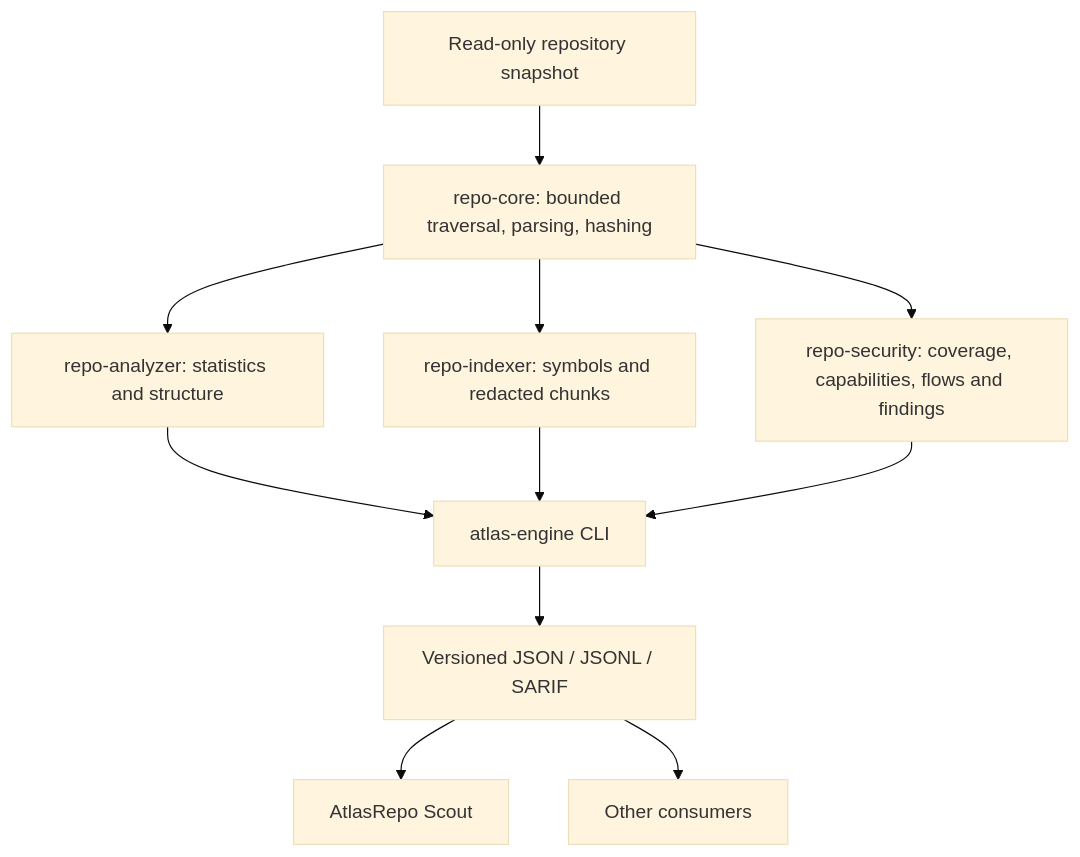
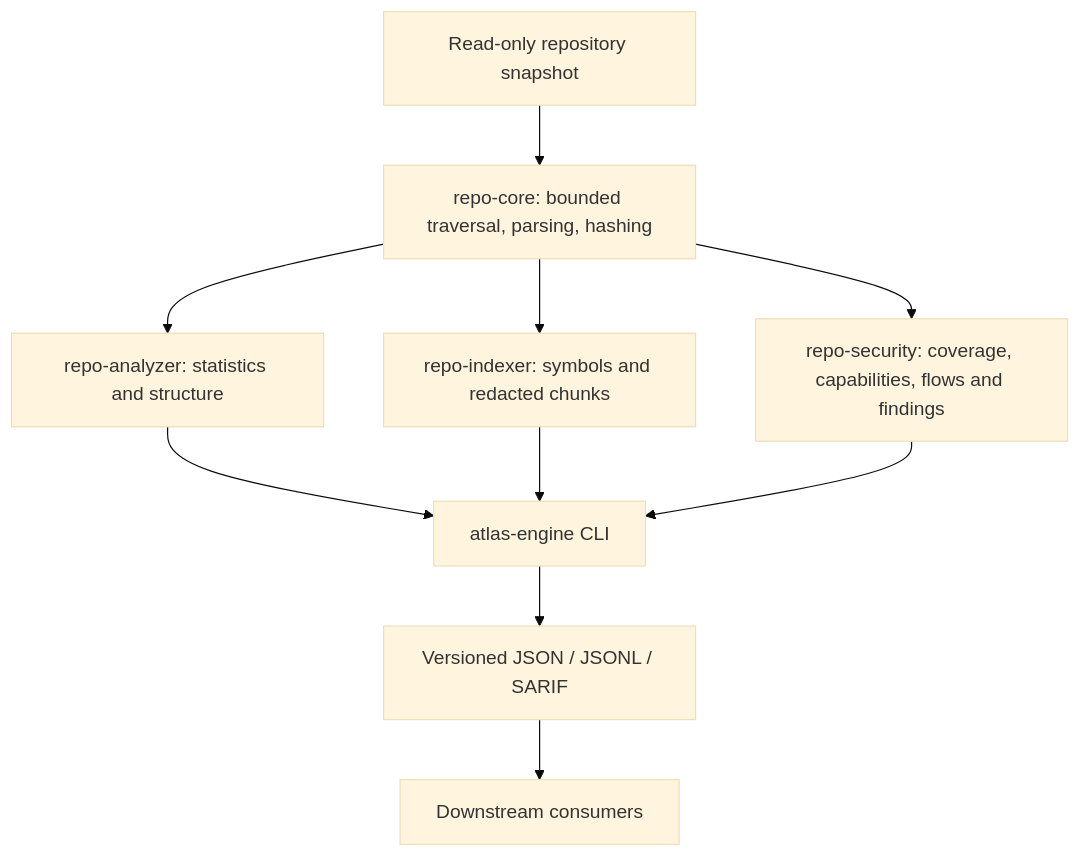
Before and after one commit to Arnon-hs/atlas-engine: the diagram in README.md, drawn with Mermaid (base theme). The commit also changed other lines of this file and 13 other files, not shown here.

````diff
--- a/README.md
+++ b/README.md
@@ -38,13 +38,12 @@
 ```mermaid
 flowchart TD
     R[Read-only repository snapshot] --> C[repo-core: bounded traversal, parsing, hashing]
     C --> A[repo-analyzer: statistics and structure]
     C --> I[repo-indexer: symbols and redacted chunks]
     C --> S[repo-security: coverage, capabilities, flows and findings]
     A --> CLI[atlas-engine CLI]
     I --> CLI
     S --> CLI
     CLI --> J[Versioned JSON / JSONL / SARIF]
-    J --> Scout[AtlasRepo Scout]
-    J --> Other[Other consumers]
+    J --> Consumer[Downstream consumers]
 ```
````
